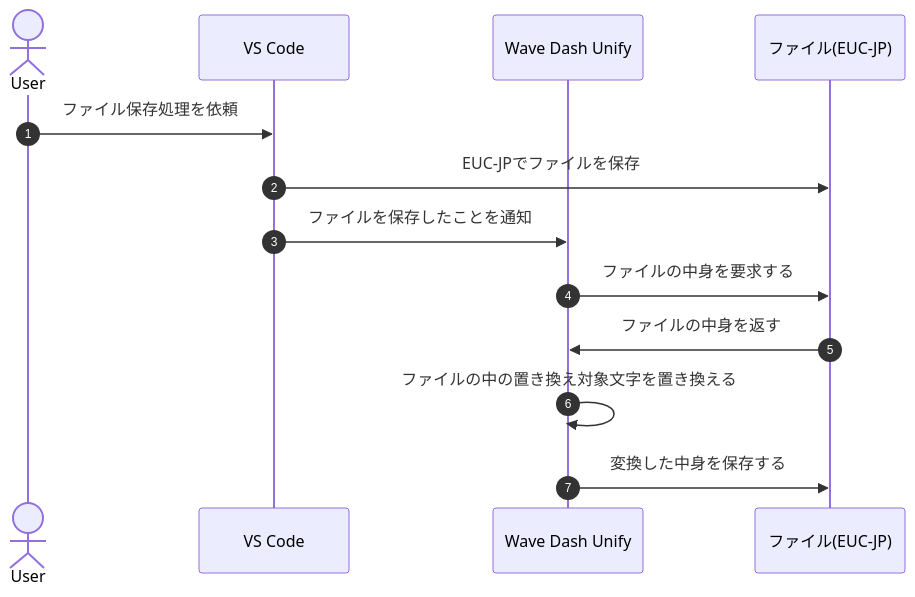
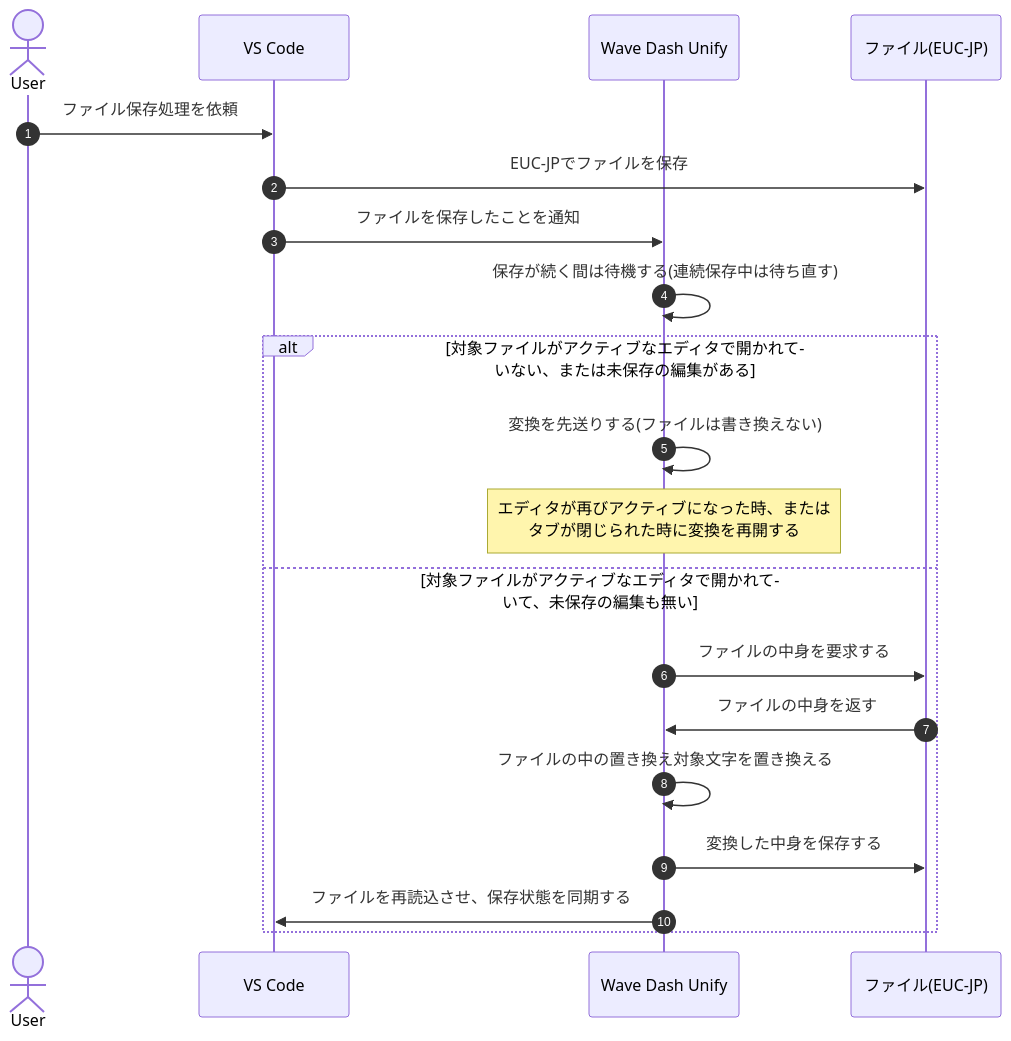
One commit to yutotnh/wave-dash-unify changed the diagram in README.md. Above: the diagram before and after it, drawn with Mermaid. The commit also changed other lines of this file and 6 other files, not shown here.

````diff
--- a/README.md
+++ b/README.md
@@ -29,17 +29,25 @@
 ```mermaid
 sequenceDiagram
     autonumber
 
     actor User
     participant vscode as VS Code
     participant extension as Wave Dash Unify
     participant file as ファイル(EUC-JP)
 
     User ->> vscode: ファイル保存処理を依頼
     vscode ->> file: EUC-JPでファイルを保存
     vscode ->> extension: ファイルを保存したことを通知
-    extension ->> file: ファイルの中身を要求する
-    file ->> extension: ファイルの中身を返す
-    extension ->> extension: ファイルの中の置き換え対象文字を置き換える
-    extension ->> file: 変換した中身を保存する
+    extension ->> extension: 保存が続く間は待機する(連続保存中は待ち直す)
+
+    alt 対象ファイルがアクティブなエディタで開かれていない、または未保存の編集がある
+        extension ->> extension: 変換を先送りする(ファイルは書き換えない)
+        note over extension: エディタが再びアクティブになった時、または<br/>タブが閉じられた時に変換を再開する
+    else 対象ファイルがアクティブなエディタで開かれていて、未保存の編集も無い
+        extension ->> file: ファイルの中身を要求する
+        file ->> extension: ファイルの中身を返す
+        extension ->> extension: ファイルの中の置き換え対象文字を置き換える
+        extension ->> file: 変換した中身を保存する
+        extension ->> vscode: ファイルを再読込させ、保存状態を同期する
+    end
 ```
````
